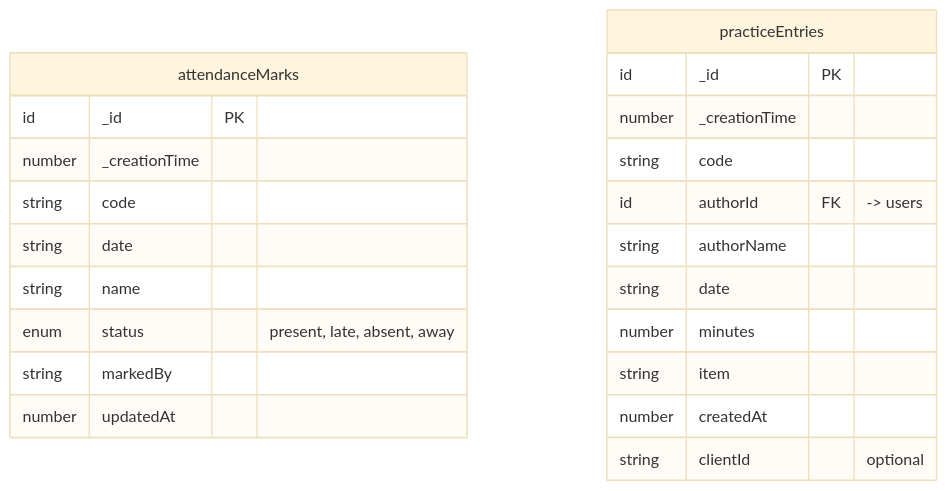
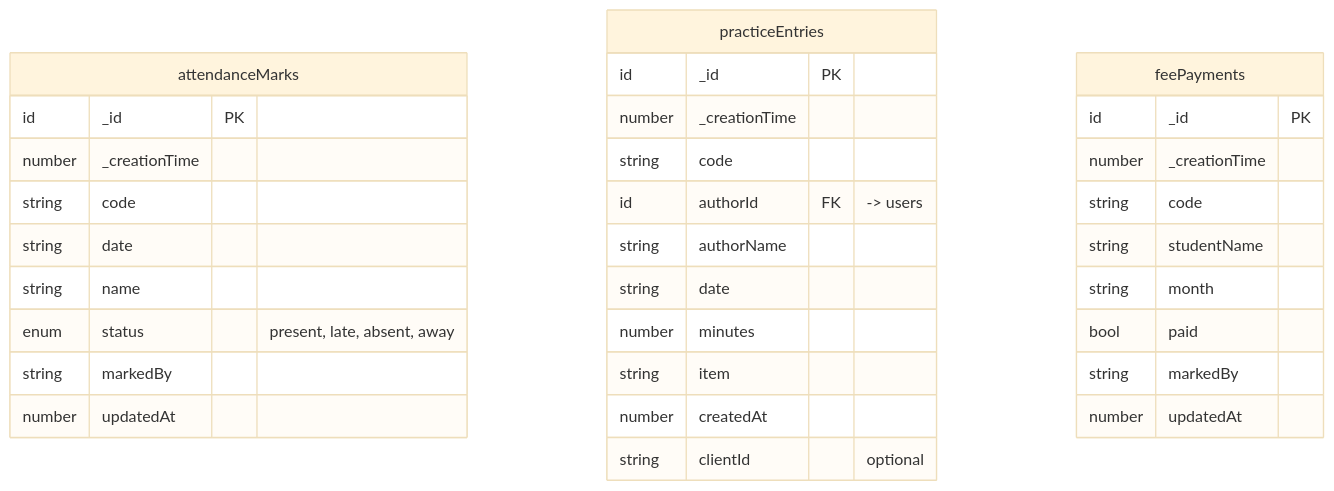
Before and after one commit to ZabuzaThePython/natyavaultuse: the sixth of 8 diagrams in docs/data-model.md, drawn with Mermaid (base theme). The commit also changed other lines of this file and 8 other files, not shown here.

````diff
--- a/docs/data-model.md
+++ b/docs/data-model.md
@@ -291,25 +291,35 @@
 ```mermaid
 erDiagram
   attendanceMarks {
     id _id PK
     number _creationTime
     string code
     string date
     string name
     enum status "present, late, absent, away"
     string markedBy
     number updatedAt
   }
   practiceEntries {
     id _id PK
     number _creationTime
     string code
     id authorId FK "-> users"
     string authorName
     string date
     number minutes
     string item
     number createdAt
     string clientId "optional"
   }
+  feePayments {
+    id _id PK
+    number _creationTime
+    string code
+    string studentName
+    string month
+    bool paid
+    string markedBy
+    number updatedAt
+  }
 ```
````
